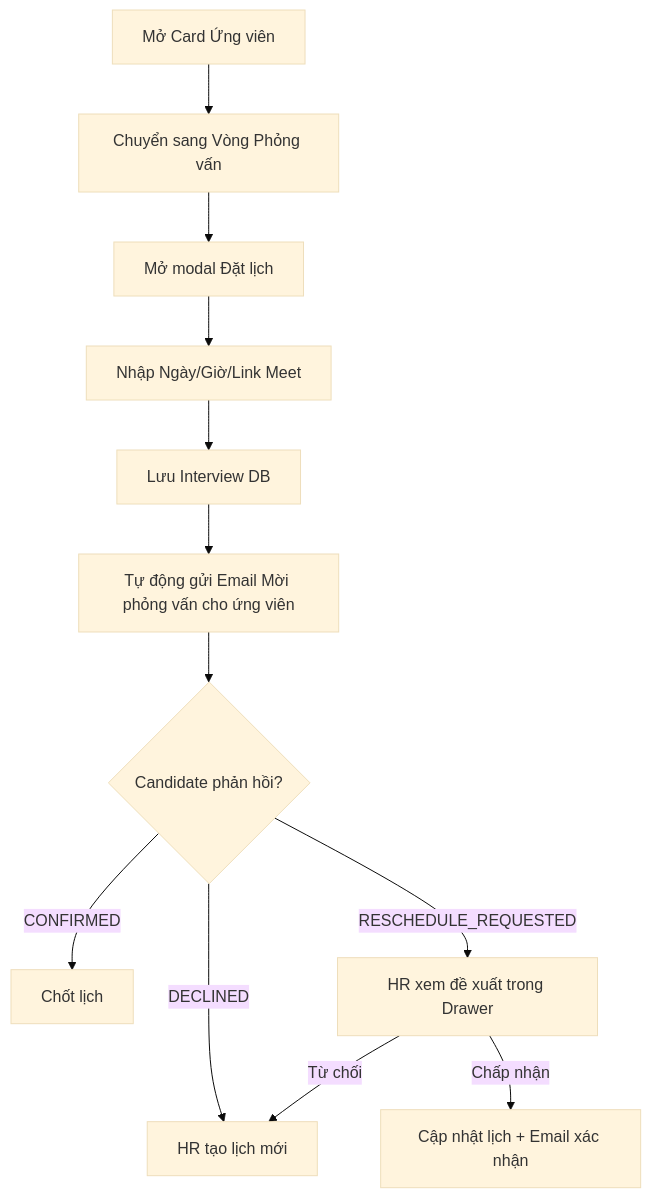
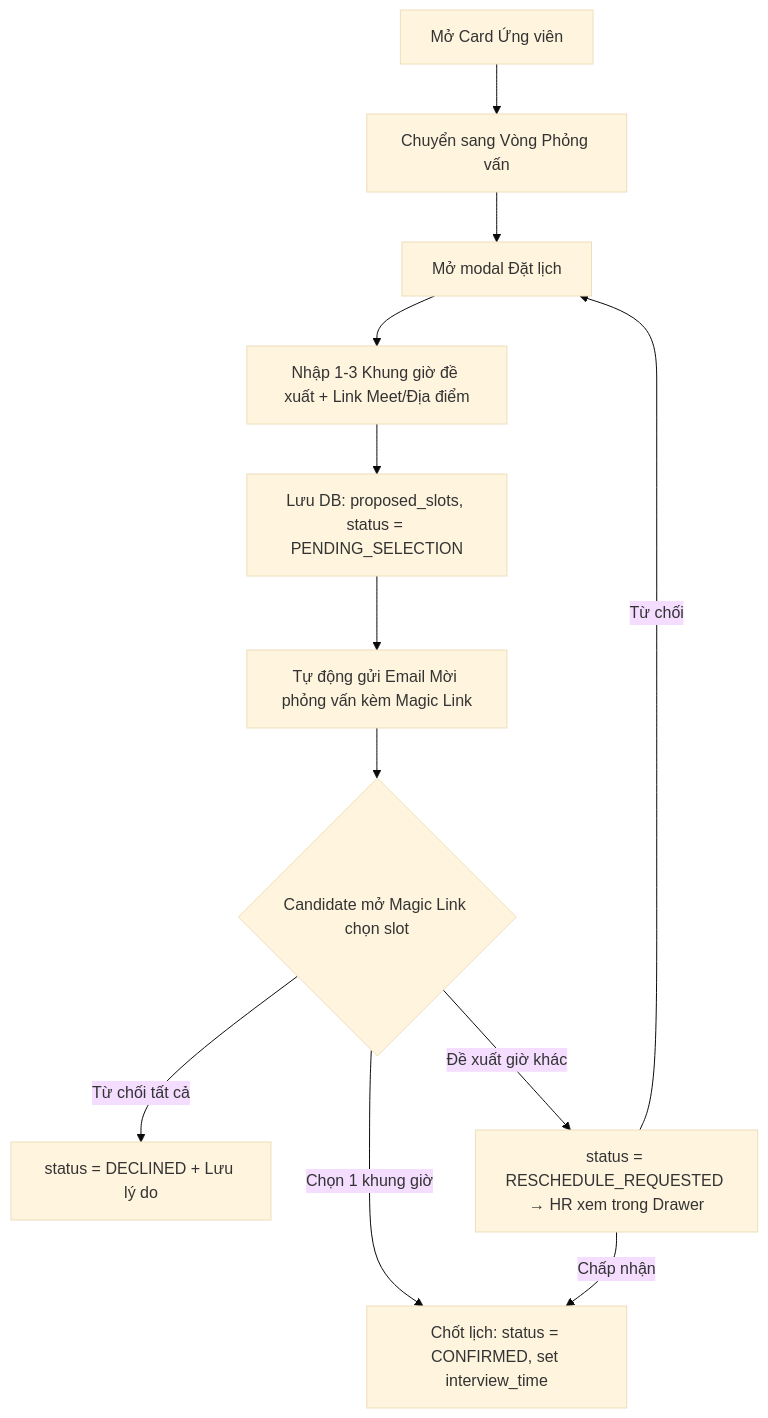
One commit to VanHaPtit/EasyTech_FE changed the diagram in nghiep_vu/epic-04_Pipeline_Automation/user-story-18_Dat_Lich_Phong_Van/user-story.md. Above: the diagram before and after it, drawn with Mermaid (base theme). The commit also changed other lines of this file and 6 other files, not shown here.

````diff
--- a/nghiep_vu/epic-04_Pipeline_Automation/user-story-18_Dat_Lich_Phong_Van/user-story.md
+++ b/nghiep_vu/epic-04_Pipeline_Automation/user-story-18_Dat_Lich_Phong_Van/user-story.md
@@ -11,14 +11,14 @@
 ```mermaid
 graph TD
     A[Mở Card Ứng viên] --> B[Chuyển sang Vòng Phỏng vấn]
     B --> C[Mở modal Đặt lịch]
-    C --> D[Nhập Ngày/Giờ/Link Meet]
-    D --> E[Lưu Interview DB]
-    E --> F[Tự động gửi Email Mời phỏng vấn cho ứng viên]
-    F --> G{Candidate phản hồi?}
-    G -- CONFIRMED --> H[Chốt lịch]
-    G -- DECLINED --> I[HR tạo lịch mới]
-    G -- RESCHEDULE_REQUESTED --> J[HR xem đề xuất trong Drawer]
-    J -- Chấp nhận --> K[Cập nhật lịch + Email xác nhận]
-    J -- Từ chối --> I
+    C --> D[Nhập 1-3 Khung giờ đề xuất + Link Meet/Địa điểm]
+    D --> E[Lưu DB: proposed_slots, status = PENDING_SELECTION]
+    E --> F[Tự động gửi Email Mời phỏng vấn kèm Magic Link]
+    F --> G{Candidate mở Magic Link chọn slot}
+    G -- Chọn 1 khung giờ --> H[Chốt lịch: status = CONFIRMED, set interview_time]
+    G -- Từ chối tất cả --> I[status = DECLINED + Lưu lý do]
+    G -- Đề xuất giờ khác --> J[status = RESCHEDULE_REQUESTED → HR xem trong Drawer]
+    J -- Chấp nhận --> H
+    J -- Từ chối --> C
 ```
````
